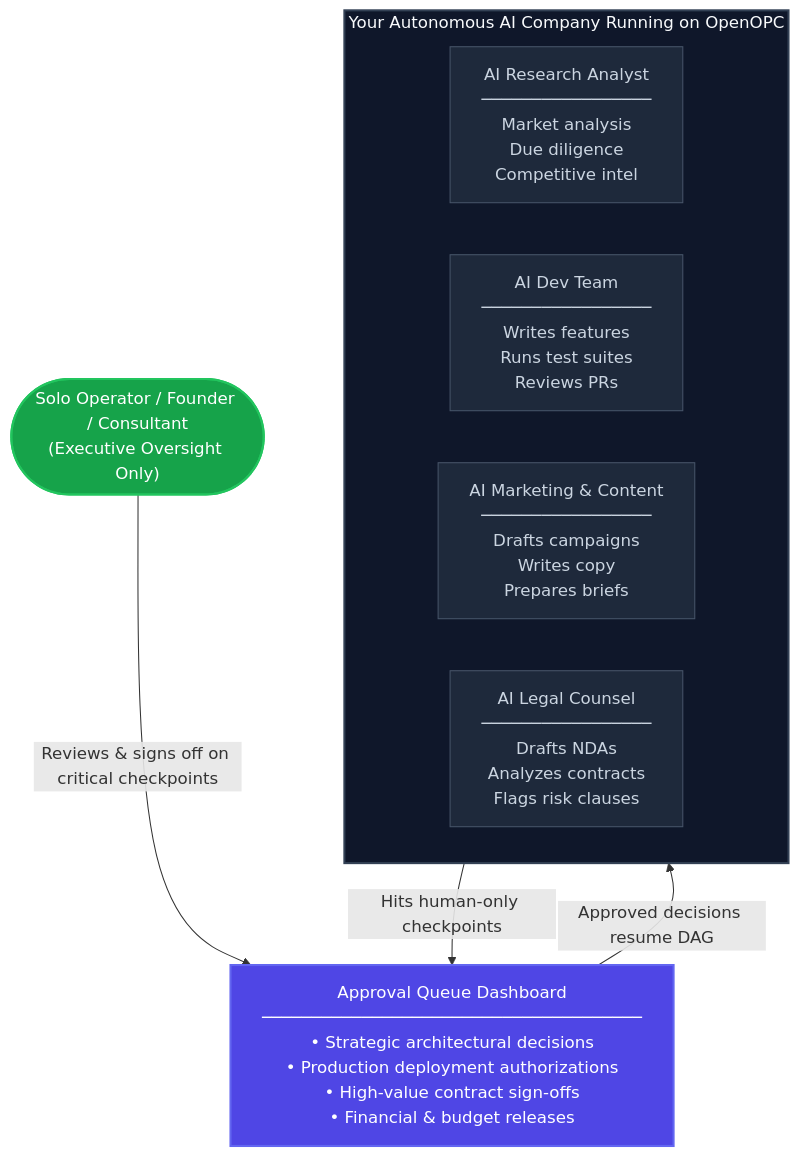
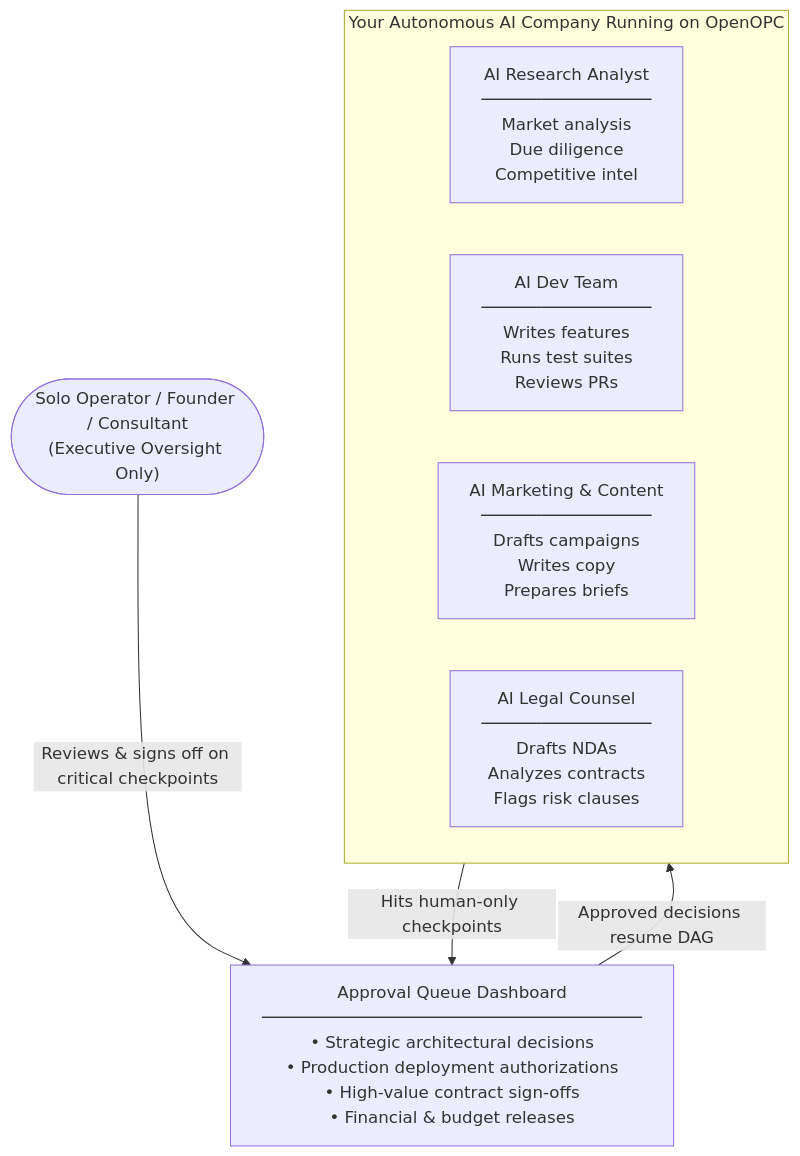
One commit to AhmadHassan-BTed/OpenOPC-Shadow-Adapter changed the third of 6 diagrams in README.md. Above: the diagram before and after it, drawn with Mermaid. The commit also changed other lines of this file, not shown here.

Commit message:
docs(readme): remove custom inline fills and styles from all Mermaid diagrams

````diff
--- a/README.md
+++ b/README.md
@@ -212,28 +195,20 @@
 ```mermaid
 flowchart TD
     Operator(["Solo Operator / Founder / Consultant\n(Executive Oversight Only)"])
 
     Operator -->|Reviews & signs off on critical checkpoints| Queue
 
     Queue["Approval Queue Dashboard\n──────────────────────────────────────\n• Strategic architectural decisions\n• Production deployment authorizations\n• High-value contract sign-offs\n• Financial & budget releases"]
 
     Queue -->|Approved decisions resume DAG| Company
 
     subgraph Company ["Your Autonomous AI Company Running on OpenOPC"]
         direction LR
         Research["AI Research Analyst\n─────────────────\nMarket analysis\nDue diligence\nCompetitive intel"]
         Dev["AI Dev Team\n─────────────────\nWrites features\nRuns test suites\nReviews PRs"]
         Marketing["AI Marketing & Content\n─────────────────\nDrafts campaigns\nWrites copy\nPrepares briefs"]
         Legal["AI Legal Counsel\n─────────────────\nDrafts NDAs\nAnalyzes contracts\nFlags risk clauses"]
     end
 
     Company -->|Hits human-only checkpoints| Queue
-
-    style Operator fill:#16a34a,color:#ffffff,stroke:#22c55e,stroke-width:2px
-    style Queue fill:#4f46e5,color:#ffffff,stroke:#6366f1,stroke-width:2px
-    style Company fill:#0f172a,color:#f8fafc,stroke:#334155,stroke-width:2px
-    style Research fill:#1e293b,color:#cbd5e1,stroke:#475569,stroke-width:1px
-    style Dev fill:#1e293b,color:#cbd5e1,stroke:#475569,stroke-width:1px
-    style Marketing fill:#1e293b,color:#cbd5e1,stroke:#475569,stroke-width:1px
-    style Legal fill:#1e293b,color:#cbd5e1,stroke:#475569,stroke-width:1px
 ```
````
